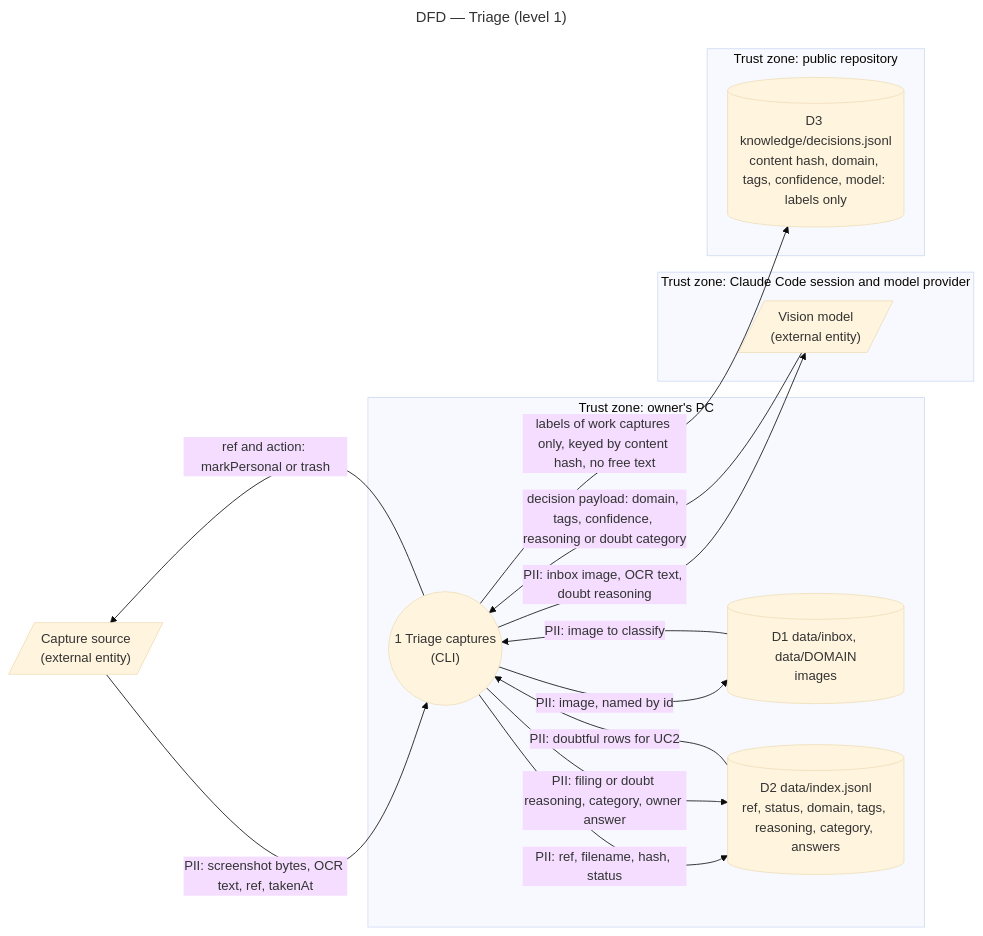
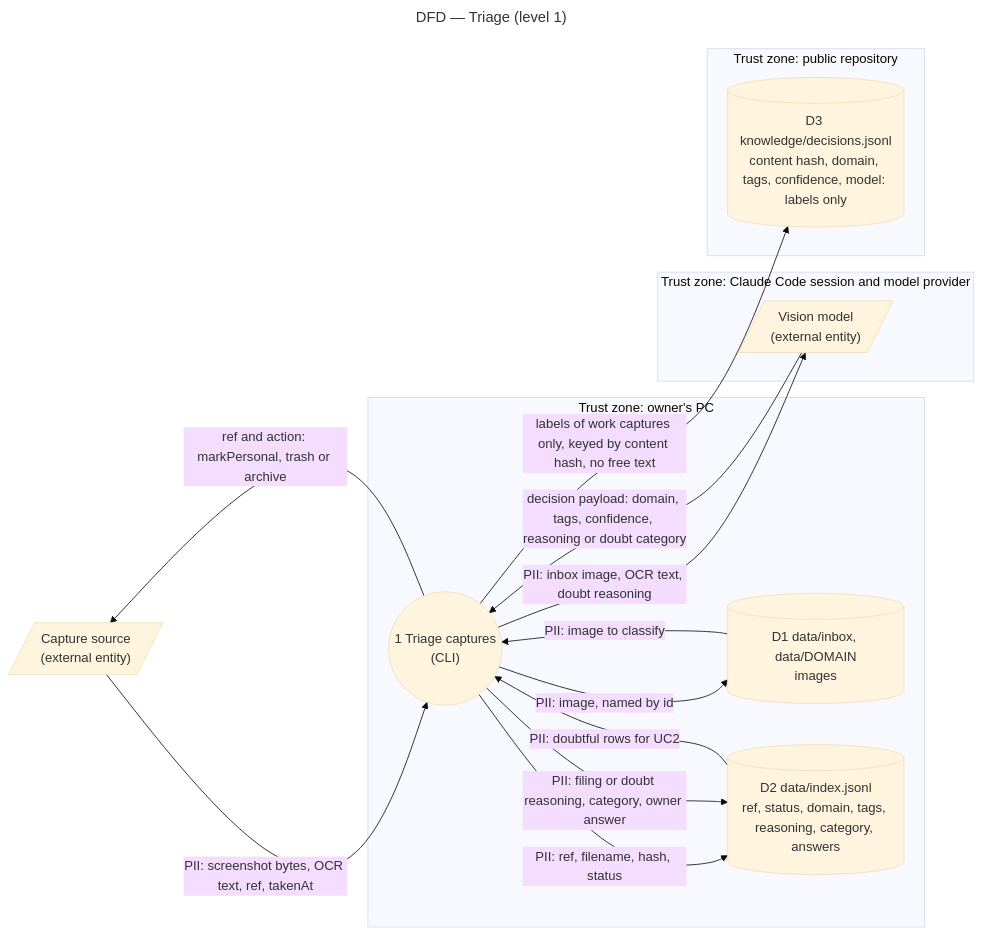
The diagram in docs/architecture/diagrams/triage/06-data-flow.md (benoit-bremaud/screenshot-triage), drawn with Mermaid (base theme) before and after one commit. The commit also changed other lines of this file and 37 other files, not shown here.

````diff
--- a/docs/architecture/diagrams/triage/06-data-flow.md
+++ b/docs/architecture/diagrams/triage/06-data-flow.md
@@ -13,28 +13,28 @@
 ```mermaid
 ---
 title: DFD — Triage (level 1)
 ---
 flowchart LR
   Source[/"Capture source<br/>(external entity)"/]
   subgraph PC ["Trust zone: owner's PC"]
     P1(("1 Triage captures<br/>(CLI)"))
     Inbox[("D1 data/inbox, data/DOMAIN<br/>images")]
     Index[("D2 data/index.jsonl<br/>ref, status, domain, tags, reasoning, category, answers")]
   end
   subgraph Provider ["Trust zone: Claude Code session and model provider"]
     Session[/"Vision model<br/>(external entity)"/]
   end
   subgraph Git ["Trust zone: public repository"]
     Log[("D3 knowledge/decisions.jsonl<br/>content hash, domain, tags, confidence, model: labels only")]
   end
   Source -->|"PII: screenshot bytes, OCR text, ref, takenAt"| P1
   P1 -->|"PII: image, named by id"| Inbox
   Inbox -->|"PII: image to classify"| P1
   Index -->|"PII: doubtful rows for UC2"| P1
   P1 -->|"PII: ref, filename, hash, status"| Index
   P1 -->|"PII: inbox image, OCR text, doubt reasoning"| Session
   Session -->|"decision payload: domain, tags, confidence, reasoning or doubt category"| P1
   P1 -->|"PII: filing or doubt reasoning, category, owner answer"| Index
   P1 -->|"labels of work captures only, keyed by content hash, no free text"| Log
-  P1 -->|"ref and action: markPersonal or trash"| Source
+  P1 -->|"ref and action: markPersonal, trash or archive"| Source
 ```
````
